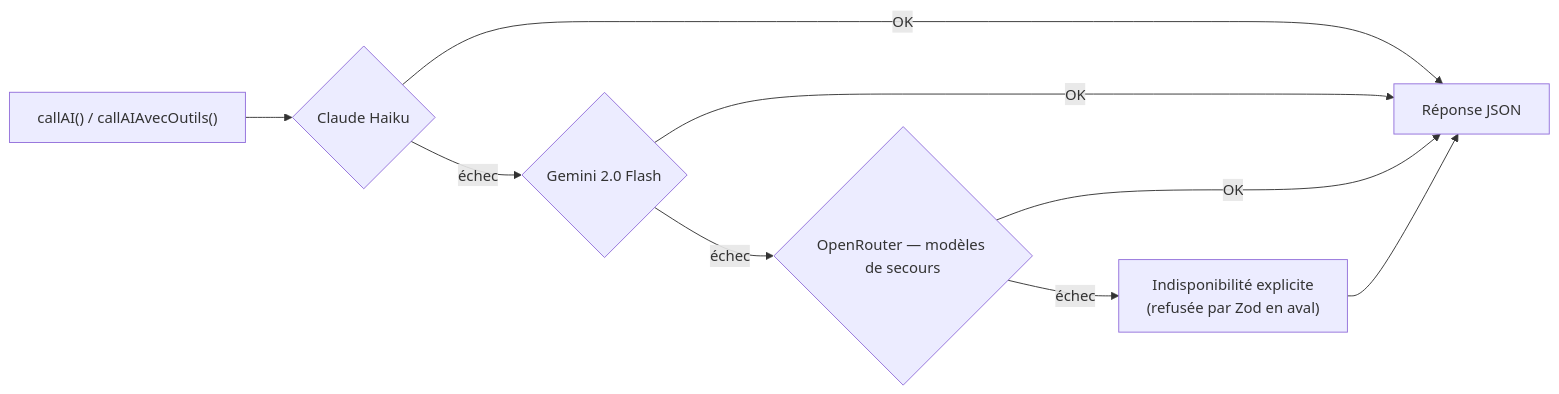
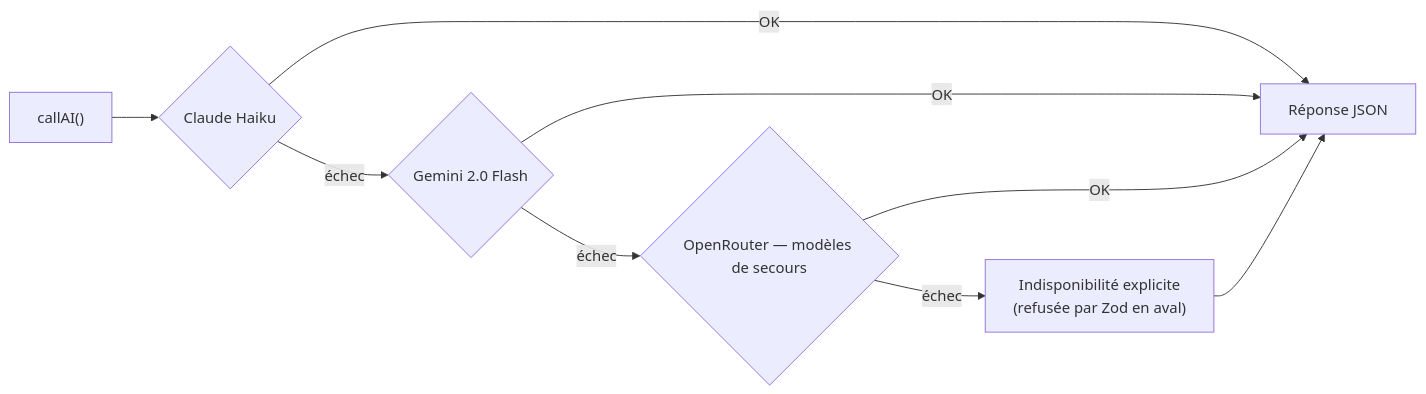
The second of 2 diagrams in README.md (loties1533/experience-ai), drawn with Mermaid before and after one commit. The commit also changed other lines of this file and 28 other files, not shown here.

````diff
--- a/README.md
+++ b/README.md
@@ -133,11 +138,11 @@
 ```mermaid
 flowchart LR
-    Req["callAI() / callAIAvecOutils()"] --> C{"Claude Haiku"}
+    Req["callAI()"] --> C{"Claude Haiku"}
     C -->|"OK"| Out["Réponse JSON"]
     C -->|"échec"| G{"Gemini 2.0 Flash"}
     G -->|"OK"| Out
     G -->|"échec"| O{"OpenRouter — modèles de secours"}
     O -->|"OK"| Out
     O -->|"échec"| M["Indisponibilité explicite<br/>(refusée par Zod en aval)"]
     M --> Out
 ```
````
